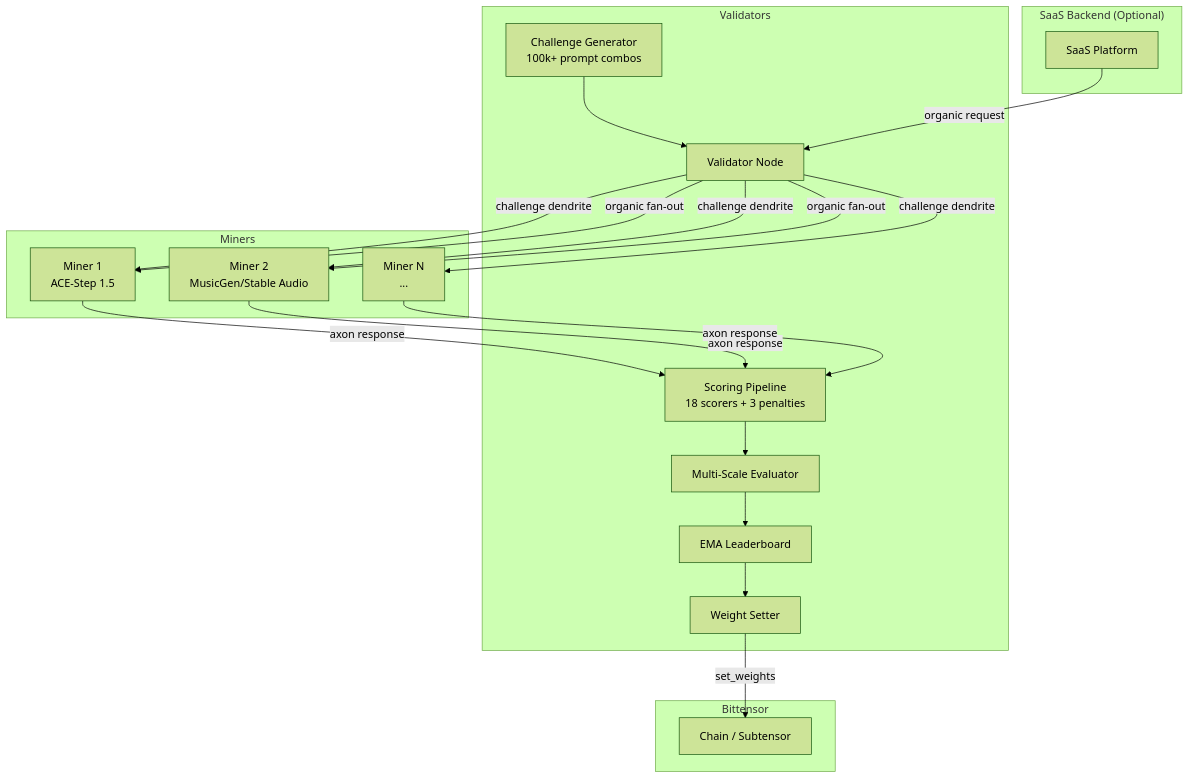
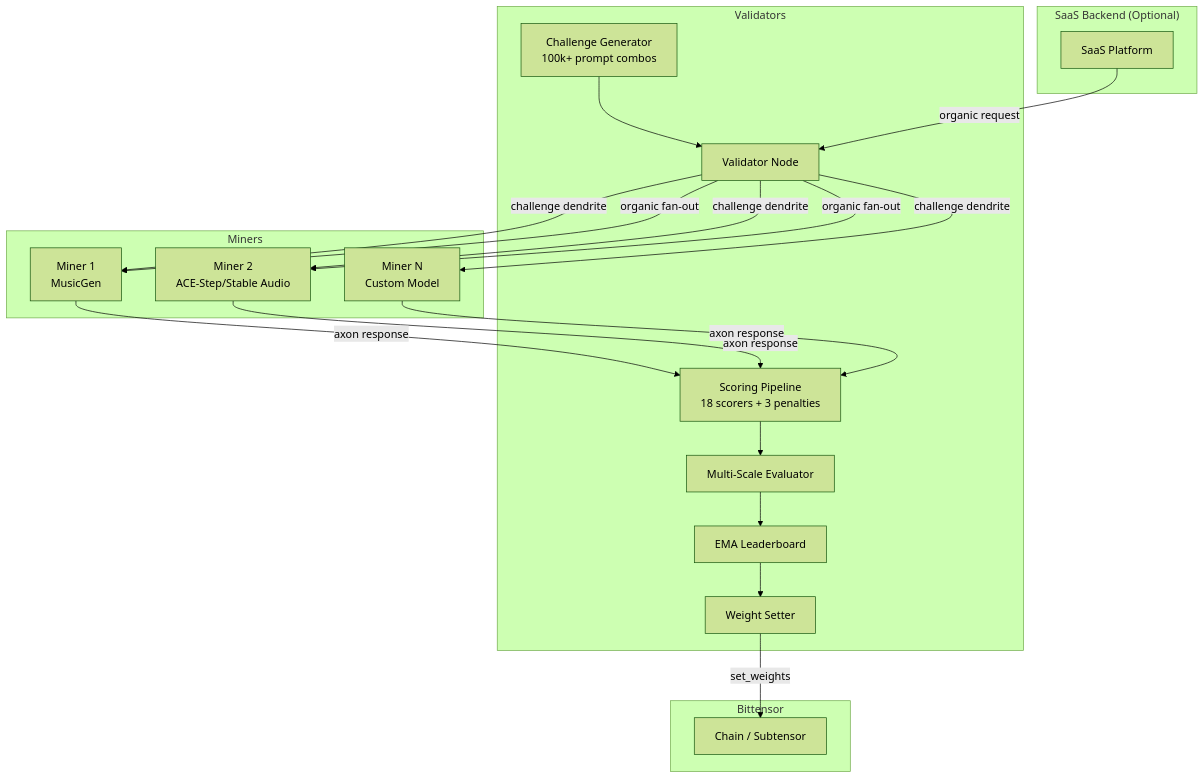
Before and after one commit to borgg-dev/tuneforge: the first of 2 diagrams in README.md, drawn with Mermaid (forest theme). The commit also changed other lines of this file and 7 other files, not shown here.

First line of the commit message:
Model-agnostic scoring fixes and MusicGen as default baseline

````diff
--- a/README.md
+++ b/README.md
@@ -36,41 +36,41 @@
 ```mermaid
 graph TB
     subgraph Validators
         V[Validator Node]
         CG[Challenge Generator<br/>100k+ prompt combos]
         SC[Scoring Pipeline<br/>18 scorers + 3 penalties]
         MS[Multi-Scale Evaluator]
         LB[EMA Leaderboard]
         WS[Weight Setter]
     end
 
     subgraph Miners
-        M1[Miner 1<br/>ACE-Step 1.5]
-        M2[Miner 2<br/>MusicGen/Stable Audio]
-        M3[Miner N<br/>...]
+        M1[Miner 1<br/>MusicGen]
+        M2[Miner 2<br/>ACE-Step/Stable Audio]
+        M3[Miner N<br/>Custom Model]
     end
 
     subgraph "SaaS Backend (Optional)"
         API[SaaS Platform]
     end
 
     subgraph Bittensor
         CH[Chain / Subtensor]
     end
 
     V -->|challenge dendrite| M1
     V -->|challenge dendrite| M2
     V -->|challenge dendrite| M3
     M1 -->|axon response| SC
     M2 -->|axon response| SC
     M3 -->|axon response| SC
     CG --> V
     SC --> MS
     MS --> LB
     LB --> WS
     WS -->|set_weights| CH
 
     API -->|organic request| V
     V -->|organic fan-out| M1
     V -->|organic fan-out| M2
 ```
````
